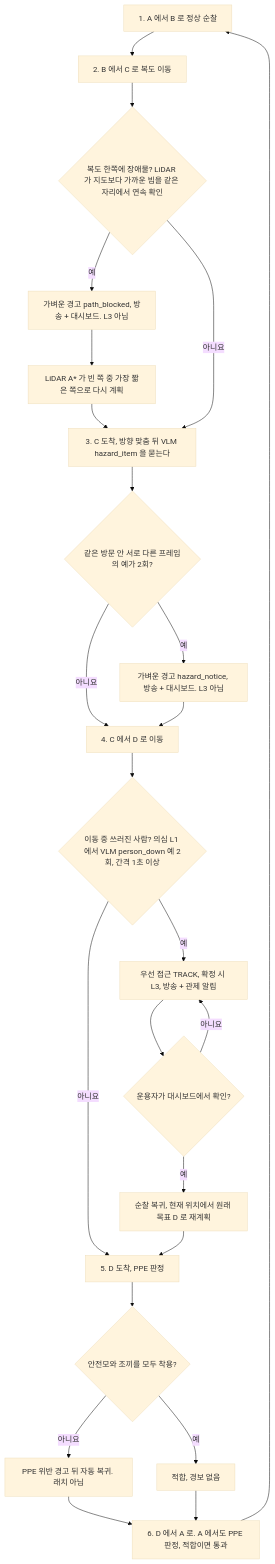
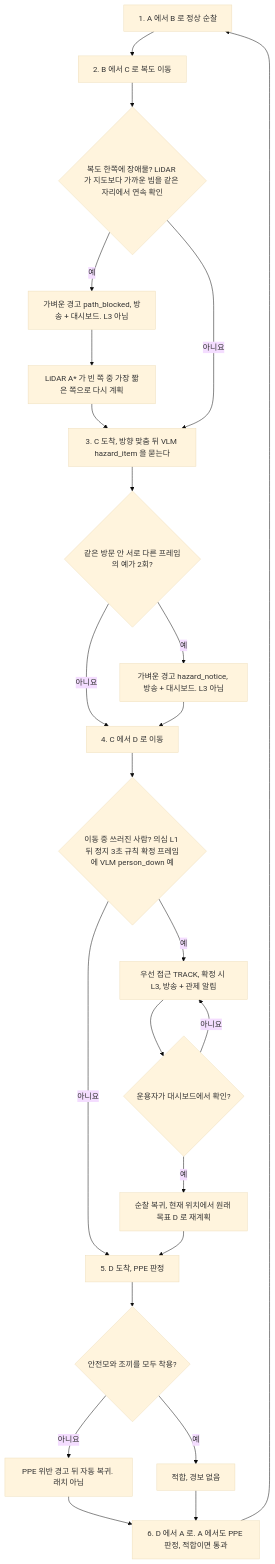
The diagram in docs/features/factory-demo-scenario.md (PJW-1/mechadog), drawn with Mermaid (base theme) before and after one commit. The commit also changed other lines of this file and 10 other files, not shown here.

````diff
--- a/docs/features/factory-demo-scenario.md
+++ b/docs/features/factory-demo-scenario.md
@@ -9,26 +9,26 @@
 ```mermaid
 flowchart TD
   S1["1. A 에서 B 로 정상 순찰"] --> S2["2. B 에서 C 로 복도 이동"]
   S2 --> BLK{"복도 한쪽에 장애물? LiDAR 가 지도보다 가까운 빔을 같은 자리에서 연속 확인"}
   BLK -->|예| PB["가벼운 경고 path_blocked, 방송 + 대시보드. L3 아님"]
   PB --> DETOUR["LiDAR A* 가 빈 쪽 중 가장 짧은 쪽으로 다시 계획"]
   DETOUR --> S3
   BLK -->|아니요| S3["3. C 도착, 방향 맞춤 뒤 VLM hazard_item 을 묻는다"]
   S3 --> HZ{"같은 방문 안 서로 다른 프레임의 예가 2회?"}
   HZ -->|예| HN["가벼운 경고 hazard_notice, 방송 + 대시보드. L3 아님"]
   HZ -->|아니요| S4
   HN --> S4["4. C 에서 D 로 이동"]
-  S4 --> FALL{"이동 중 쓰러진 사람? 의심 L1 에서 VLM person_down 예 2회, 간격 1초 이상"}
+  S4 --> FALL{"이동 중 쓰러진 사람? 의심 L1 뒤 정지 3초 규칙 확정 프레임에 VLM person_down 예"}
   FALL -->|예| TRK["우선 접근 TRACK, 확정 시 L3, 방송 + 관제 알림"]
   TRK --> CONF{"운용자가 대시보드에서 확인?"}
   CONF -->|예| REPLAN["순찰 복귀, 현재 위치에서 원래 목표 D 로 재계획"]
   CONF -->|아니요| TRK
   FALL -->|아니요| S5
   REPLAN --> S5["5. D 도착, PPE 판정"]
   S5 --> PPE{"안전모와 조끼를 모두 착용?"}
   PPE -->|아니요| PV["PPE 위반 경고 뒤 자동 복귀. 래치 아님"]
   PPE -->|예| OK["적합, 경보 없음"]
   PV --> S6["6. D 에서 A 로. A 에서도 PPE 판정, 적합이면 통과"]
   OK --> S6
   S6 --> S1
 ```
````
